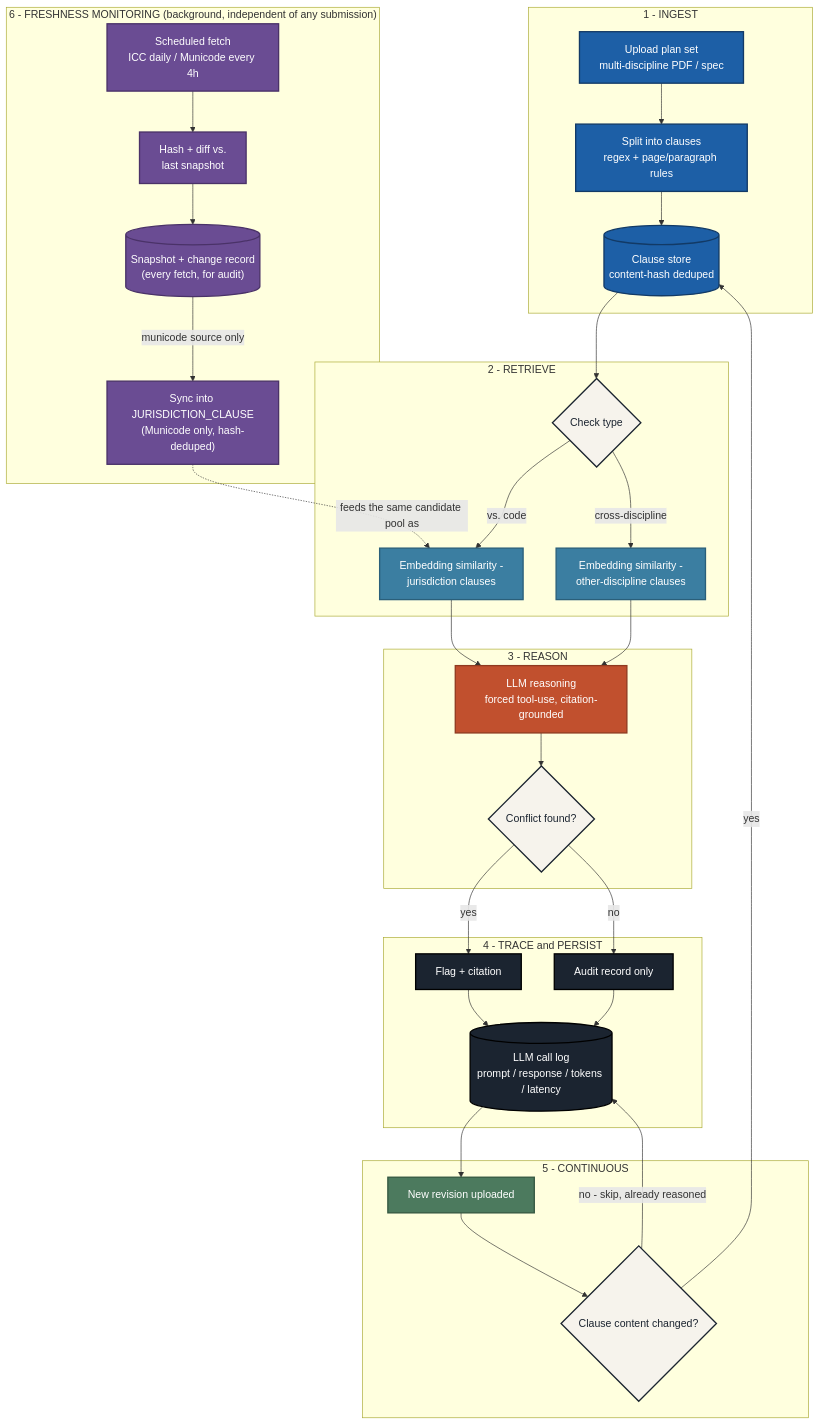
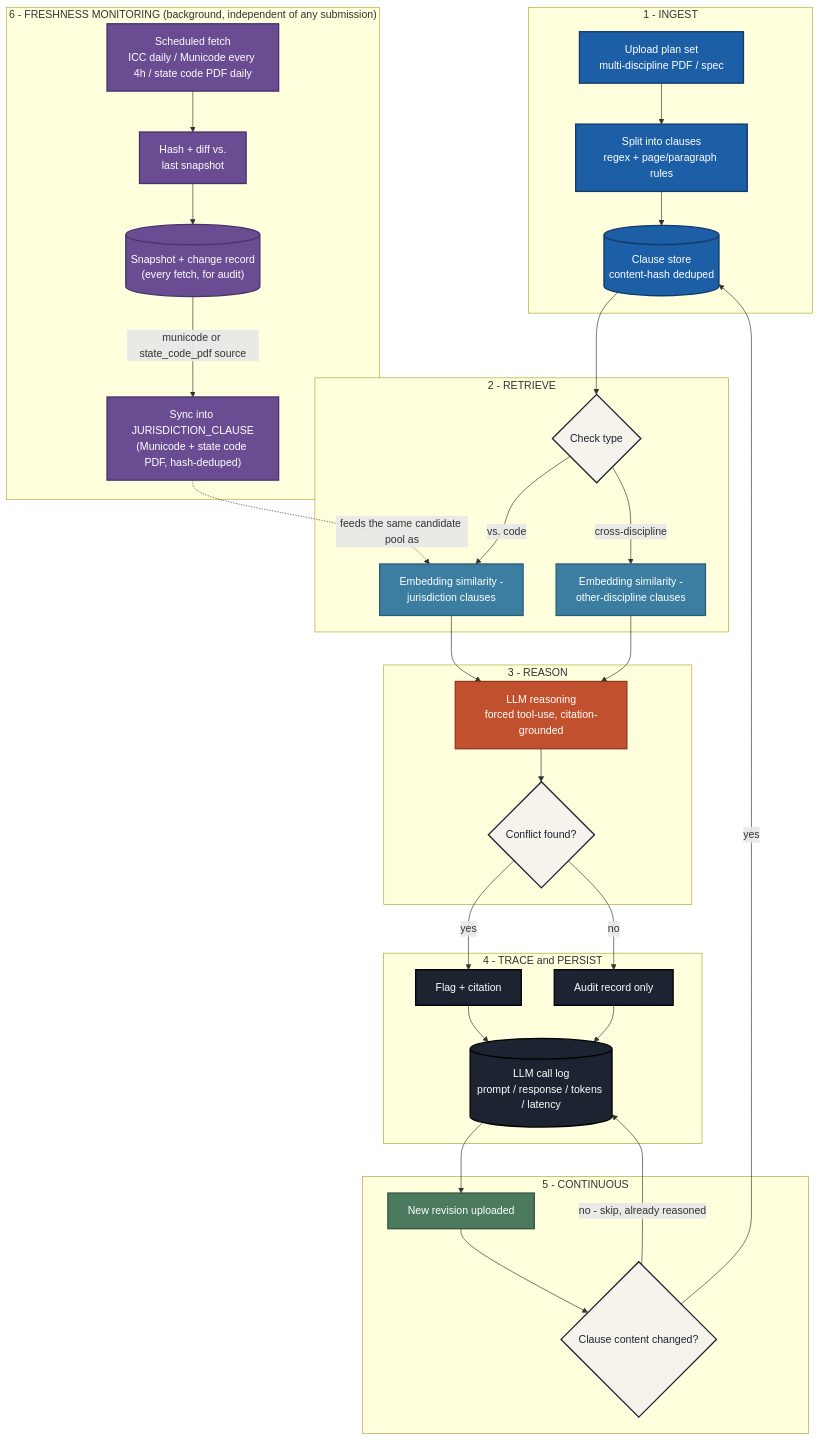
The diagram in docs/WORKFLOW.md (ioberman/permittingRagProject), drawn with Mermaid before and after one commit. The commit also changed other lines of this file and 13 other files, not shown here.

````diff
--- a/docs/WORKFLOW.md
+++ b/docs/WORKFLOW.md
@@ -9,60 +9,60 @@
 ```mermaid
 flowchart TD
     classDef ingest fill:#1D5FA6,stroke:#123A66,color:#fff,stroke-width:2px
     classDef retrieve fill:#3B7EA1,stroke:#2A5F7A,color:#fff,stroke-width:2px
     classDef reason fill:#C1502E,stroke:#8F3A20,color:#fff,stroke-width:2px
     classDef persist fill:#1B2430,stroke:#000000,color:#fff,stroke-width:2px
     classDef cont fill:#4C7A5E,stroke:#345741,color:#fff,stroke-width:2px
     classDef decision fill:#F6F3EC,stroke:#1B2430,color:#1B2430,stroke-width:2px
     classDef freshness fill:#6A4C93,stroke:#4A3268,color:#fff,stroke-width:2px
 
     subgraph S1["1 - INGEST"]
         A["Upload plan set<br/>multi-discipline PDF / spec"]:::ingest --> B["Split into clauses<br/>regex + page/paragraph rules"]:::ingest
         B --> C[("Clause store<br/>content-hash deduped")]:::ingest
     end
 
     subgraph S2["2 - RETRIEVE"]
         D{"Check type"}:::decision
         D -->|"vs. code"| E["Embedding similarity -<br/>jurisdiction clauses"]:::retrieve
         D -->|"cross-discipline"| F["Embedding similarity -<br/>other-discipline clauses"]:::retrieve
     end
 
     subgraph S3["3 - REASON"]
         G["LLM reasoning<br/>forced tool-use, citation-grounded"]:::reason
         H{"Conflict found?"}:::decision
         G --> H
     end
 
     subgraph S4["4 - TRACE and PERSIST"]
         I["Flag + citation"]:::persist
         J["Audit record only"]:::persist
         K[("LLM call log<br/>prompt / response / tokens / latency")]:::persist
     end
 
     subgraph S5["5 - CONTINUOUS"]
         L["New revision uploaded"]:::cont
         M{"Clause content changed?"}:::decision
     end
 
     subgraph S6["6 - FRESHNESS MONITORING (background, independent of any submission)"]
-        N["Scheduled fetch<br/>ICC daily / Municode every 4h"]:::freshness
+        N["Scheduled fetch<br/>ICC daily / Municode every 4h / state code PDF daily"]:::freshness
         O["Hash + diff vs.<br/>last snapshot"]:::freshness
         P[("Snapshot + change record<br/>(every fetch, for audit)")]:::freshness
-        Q["Sync into JURISDICTION_CLAUSE<br/>(Municode only, hash-deduped)"]:::freshness
+        Q["Sync into JURISDICTION_CLAUSE<br/>(Municode + state code PDF, hash-deduped)"]:::freshness
         N --> O --> P
-        P -->|"municode source only"| Q
+        P -->|"municode or state_code_pdf source"| Q
     end
 
     C --> D
     E --> G
     F --> G
     H -->|"yes"| I
     H -->|"no"| J
     I --> K
     J --> K
     K --> L
     L --> M
     M -->|"no - skip, already reasoned"| K
     M -->|"yes"| C
     Q -.->|"feeds the same candidate pool as"| E
 ```
````
